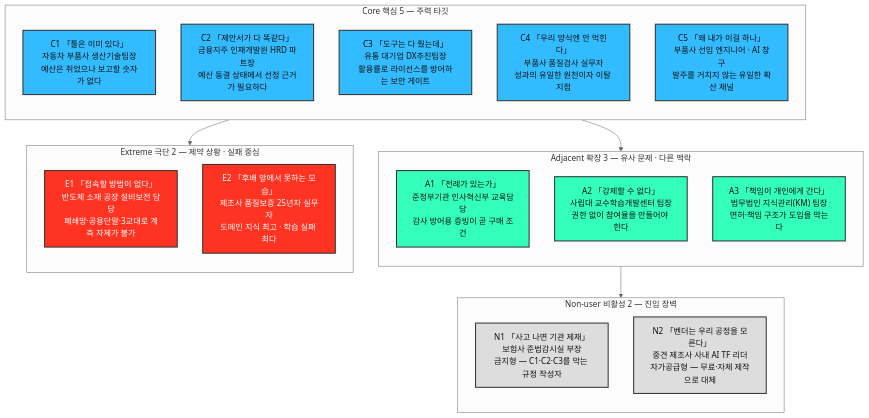
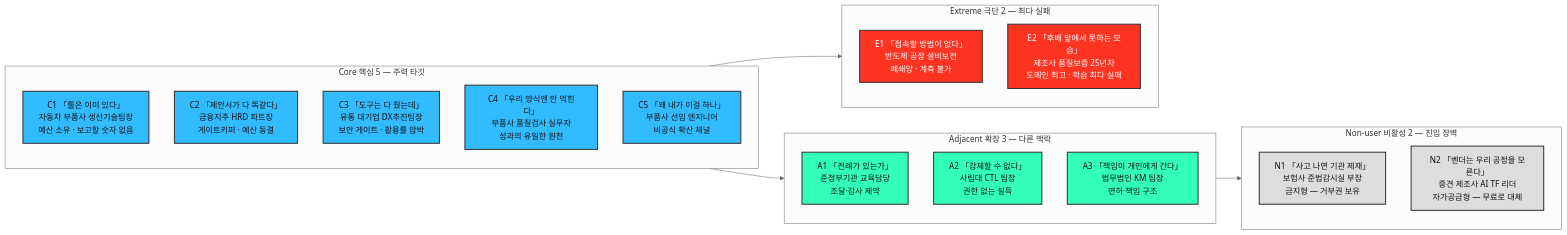
The second of 3 diagrams in 05-persona-spectrum-journey-map/case-01-persona-spectrum.md (happai079/business-research-kokjip), drawn with Mermaid (neutral theme) before and after one commit. The commit also changed other lines of this file, not shown here.

Commit message:
docs(ch05): put the four spectrum groups side by side again, text tightened
Stacking all four groups vertically made the placement chart one tall
column of twelve three-line nodes, which needs scrolling to take in. The
groups are back to sitting side by side with the nodes stacked inside each,
so comparison across types reads left-right and the list within a type reads
top-down.

The reason four columns were too wide the first time was the third line of
each node, not the column count — those were full sentences. Shortened to
role tags of about ten characters ("예산 소유 · 보고할 숫자 없음", "폐쇄망 ·
계측 불가"), which keeps the same information in the chart at a fraction of
the width. The full sentences already live in each persona card below.

Every chart in the chapter now follows one rule: groups horizontal, items
within a group vertical.

````diff
--- a/05-persona-spectrum-journey-map/case-01-persona-spectrum.md
+++ b/05-persona-spectrum-journey-map/case-01-persona-spectrum.md
@@ -218,43 +218,43 @@
 ```mermaid
-graph TB
+graph LR
     subgraph CORE["Core 핵심 5 — 주력 타깃"]
         direction TB
-        C1["C1 「툴은 이미 있다」<br>자동차 부품사 생산기술팀장<br>예산은 쥐었으나 보고할 숫자가 없다"]
-        C2["C2 「제안서가 다 똑같다」<br>금융지주 인재개발원 HRD 파트장<br>예산 동결 상태에서 선정 근거가 필요하다"]
-        C3["C3 「도구는 다 줬는데」<br>유통 대기업 DX추진팀장<br>활용률로 라이선스를 방어하는 보안 게이트"]
-        C4["C4 「우리 양식엔 안 먹힌다」<br>부품사 품질검사 실무자<br>성과의 유일한 원천이자 이탈 지점"]
-        C5["C5 「왜 내가 이걸 하나」<br>부품사 선임 엔지니어 · AI 창구<br>발주를 거치지 않는 유일한 확산 채널"]
+        C1["C1 「툴은 이미 있다」<br>자동차 부품사 생산기술팀장<br>예산 소유 · 보고할 숫자 없음"]
+        C2["C2 「제안서가 다 똑같다」<br>금융지주 HRD 파트장<br>게이트키퍼 · 예산 동결"]
+        C3["C3 「도구는 다 줬는데」<br>유통 대기업 DX추진팀장<br>보안 게이트 · 활용률 압박"]
+        C4["C4 「우리 양식엔 안 먹힌다」<br>부품사 품질검사 실무자<br>성과의 유일한 원천"]
+        C5["C5 「왜 내가 이걸 하나」<br>부품사 선임 엔지니어<br>비공식 확산 채널"]
     end
 
-    subgraph ADJ["Adjacent 확장 3 — 유사 문제 · 다른 맥락"]
+    subgraph ADJ["Adjacent 확장 3 — 다른 맥락"]
         direction TB
-        A1["A1 「전례가 있는가」<br>준정부기관 인사혁신부 교육담당<br>감사 방어용 증빙이 곧 구매 조건"]
-        A2["A2 「강제할 수 없다」<br>사립대 교수학습개발센터 팀장<br>권한 없이 참여율을 만들어야 한다"]
-        A3["A3 「책임이 개인에게 간다」<br>법무법인 지식관리(KM) 팀장<br>면허·책임 구조가 도입을 막는다"]
+        A1["A1 「전례가 있는가」<br>준정부기관 교육담당<br>조달·감사 제약"]
+        A2["A2 「강제할 수 없다」<br>사립대 CTL 팀장<br>권한 없는 설득"]
+        A3["A3 「책임이 개인에게 간다」<br>법무법인 KM 팀장<br>면허·책임 구조"]
     end
 
-    subgraph EXT["Extreme 극단 2 — 제약 상황 · 실패 중심"]
+    subgraph EXT["Extreme 극단 2 — 최다 실패"]
         direction TB
-        E1["E1 「접속할 방법이 없다」<br>반도체 소재 공장 설비보전 담당<br>폐쇄망·공용단말·3교대로 계측 자체가 불가"]
-        E2["E2 「후배 앞에서 못하는 모습」<br>제조사 품질보증 25년차 실무자<br>도메인 지식 최고 · 학습 실패 최다"]
+        E1["E1 「접속할 방법이 없다」<br>반도체 공장 설비보전<br>폐쇄망 · 계측 불가"]
+        E2["E2 「후배 앞에서 못하는 모습」<br>제조사 품질보증 25년차<br>도메인 최고 · 학습 최다 실패"]
     end
 
     subgraph NON["Non-user 비활성 2 — 진입 장벽"]
         direction TB
-        N1["N1 「사고 나면 기관 제재」<br>보험사 준법감시실 부장<br>금지형 — C1·C2·C3를 막는 규정 작성자"]
-        N2["N2 「벤더는 우리 공정을 모른다」<br>중견 제조사 사내 AI TF 리더<br>자가공급형 — 무료·자체 제작으로 대체"]
+        N1["N1 「사고 나면 기관 제재」<br>보험사 준법감시실 부장<br>금지형 — 거부권 보유"]
+        N2["N2 「벤더는 우리 공정을 모른다」<br>중견 제조사 AI TF 리더<br>자가공급형 — 무료로 대체"]
     end
 
     CORE --> ADJ
     CORE --> EXT
     ADJ --> NON
 
     classDef core fill:#33BBFF,stroke:#333,stroke-width:2px,color:#111;
     classDef adj fill:#33FFBB,stroke:#333,stroke-width:2px,color:#111;
     classDef ext fill:#FF3322,stroke:#333,stroke-width:2px,color:#fff;
     classDef non fill:#DDDDDD,stroke:#333,stroke-width:2px,color:#111;
     class C1,C2,C3,C4,C5 core;
     class A1,A2,A3 adj;
     class E1,E2 ext;
     class N1,N2 non;
 ```
````
